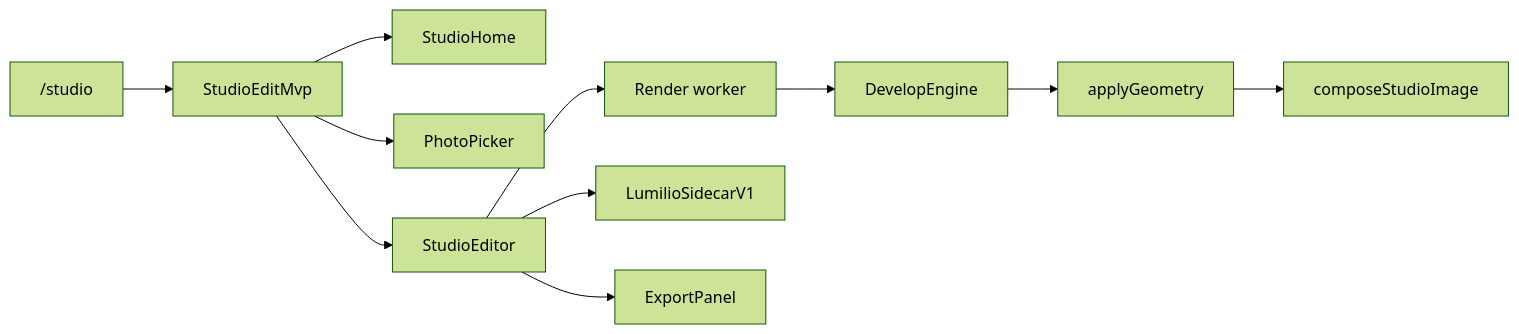
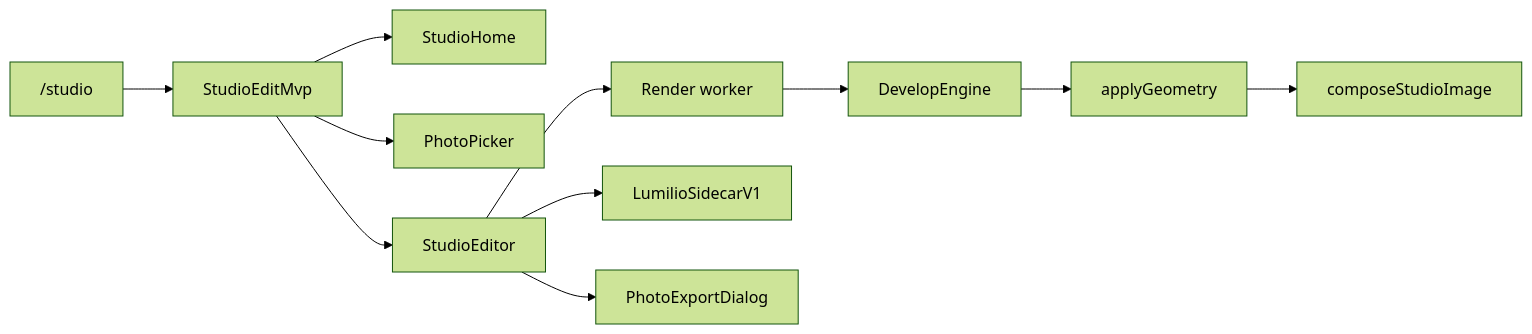
One commit to EdwinZhanCN/Lumilio-Photos changed the diagram in web/src/features/studio/doc.md. Above: the diagram before and after it, drawn with Mermaid (forest theme). The commit also changed other lines of this file and 29 other files, not shown here.

````diff
--- a/web/src/features/studio/doc.md
+++ b/web/src/features/studio/doc.md
@@ -28,13 +28,13 @@
 ```mermaid
 flowchart LR
     ROUTE["/studio"] --> SHELL["StudioEditMvp"]
     SHELL --> HOME["StudioHome"]
     SHELL --> PICKER["PhotoPicker"]
     SHELL --> EDITOR["StudioEditor"]
     EDITOR --> WORKER["Render worker"]
     WORKER --> DEVELOP["DevelopEngine"]
     DEVELOP --> GEOMETRY["applyGeometry"]
     GEOMETRY --> COMPOSE["composeStudioImage"]
     EDITOR --> SIDECAR["LumilioSidecarV1"]
-    EDITOR --> EXPORT["ExportPanel"]
+    EDITOR --> EXPORT["PhotoExportDialog"]
 ```
````
